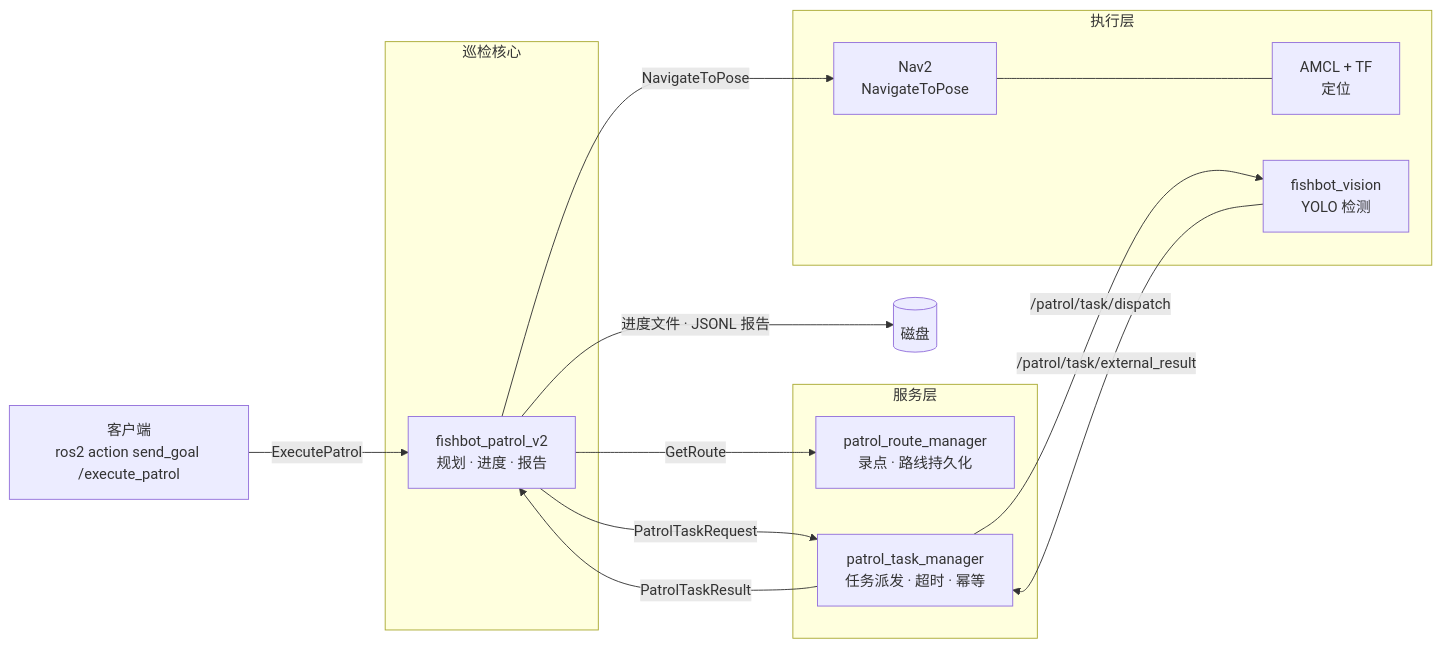
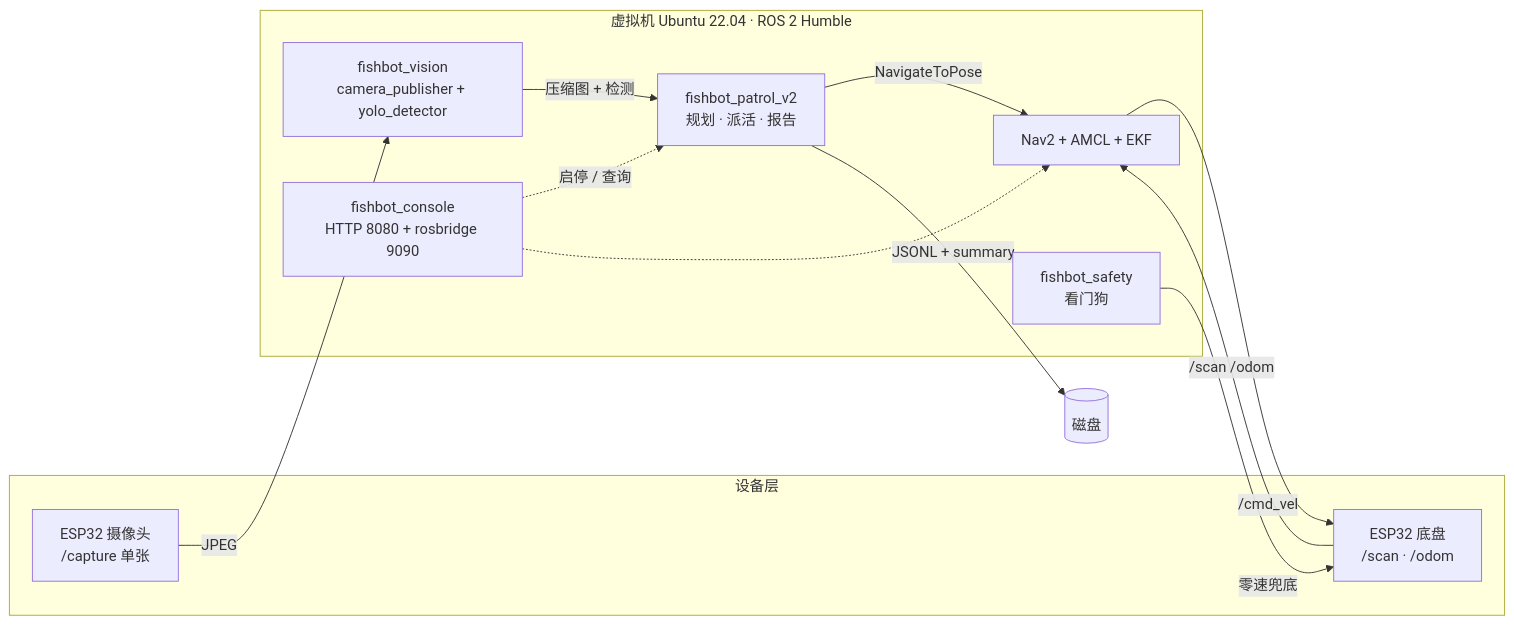
Before and after one commit to myofqut111/mybot: the diagram in README.md, drawn with Mermaid. The commit also changed other lines of this file and 1 other file, not shown here.

````diff
--- a/README.md
+++ b/README.md
@@ -26,29 +35,25 @@
 ```mermaid
 flowchart LR
-    CLI["客户端<br/>ros2 action send_goal /execute_patrol"]
-
-    subgraph 巡检核心
-        V2["fishbot_patrol_v2<br/>规划 · 进度 · 报告"]
+    subgraph 设备层
+        CAM["ESP32 摄像头<br/>/capture 单张"]
+        BASE["ESP32 底盘<br/>/scan · /odom"]
     end
 
-    subgraph 服务层
-        RM["patrol_route_manager<br/>录点 · 路线持久化"]
-        TM["patrol_task_manager<br/>任务派发 · 超时 · 幂等"]
+    subgraph 计算层["虚拟机 Ubuntu 22.04 · ROS 2 Humble"]
+        VIS["fishbot_vision<br/>camera_publisher + yolo_detector"]
+        NAV["Nav2 + AMCL + EKF"]
+        P2["fishbot_patrol_v2<br/>规划 · 派活 · 报告"]
+        SAFE["fishbot_safety<br/>看门狗"]
+        CON["fishbot_console<br/>HTTP 8080 + rosbridge 9090"]
     end
 
-    subgraph 执行层
-        NAV["Nav2<br/>NavigateToPose"]
-        LOC["AMCL + TF<br/>定位"]
-        VIS["fishbot_vision<br/>YOLO 检测"]
-    end
-
-    CLI -->|ExecutePatrol| V2
-    V2 -->|GetRoute| RM
-    V2 -->|NavigateToPose| NAV
-    NAV --- LOC
-    V2 -->|PatrolTaskRequest| TM
-    TM -->|PatrolTaskResult| V2
-    TM -->|/patrol/task/dispatch| VIS
-    VIS -->|/patrol/task/external_result| TM
-    V2 -->|进度文件 · JSONL 报告| FS[("磁盘")]
+    CAM -->|JPEG| VIS
+    BASE -->|/scan /odom| NAV
+    VIS -->|压缩图 + 检测| P2
+    P2 -->|NavigateToPose| NAV
+    NAV -->|/cmd_vel| BASE
+    P2 -->|JSONL + summary| FS[("磁盘")]
+    CON -.启停 / 查询.-> P2
+    CON -.-> NAV
+    SAFE -->|零速兜底| BASE
 ```
````
